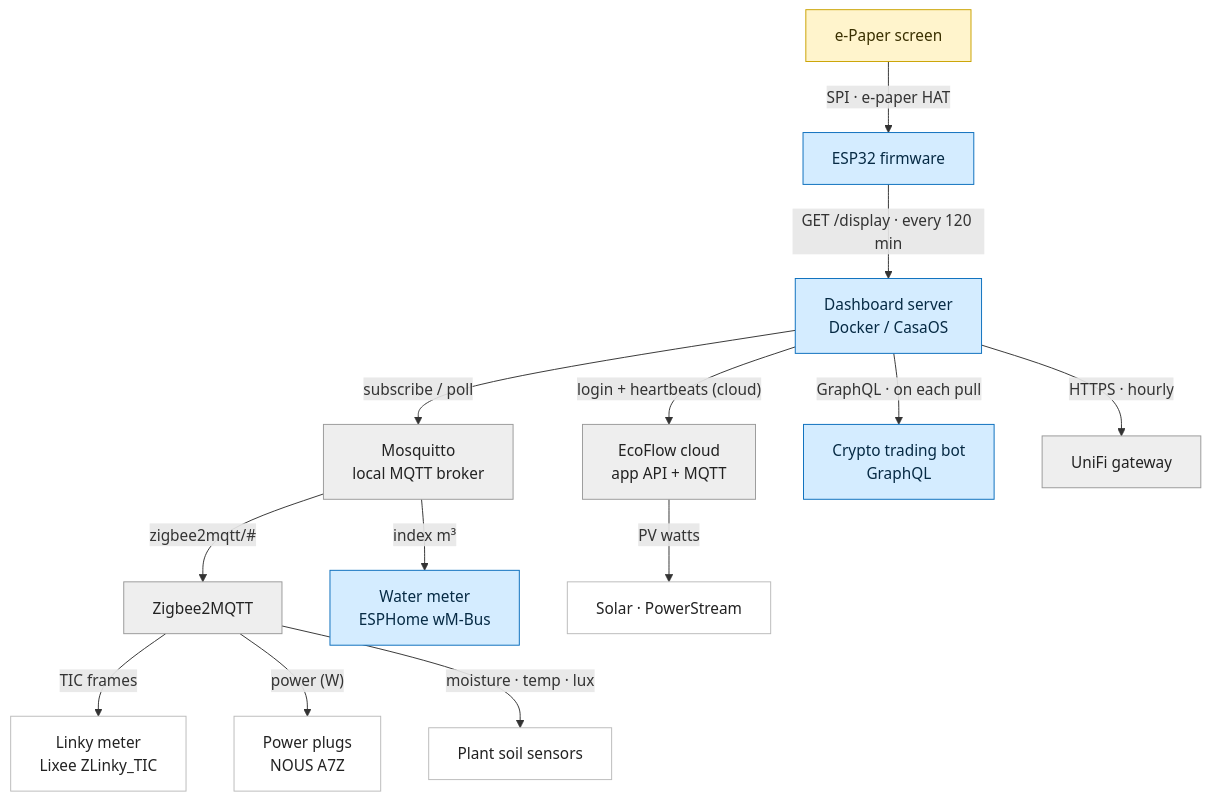
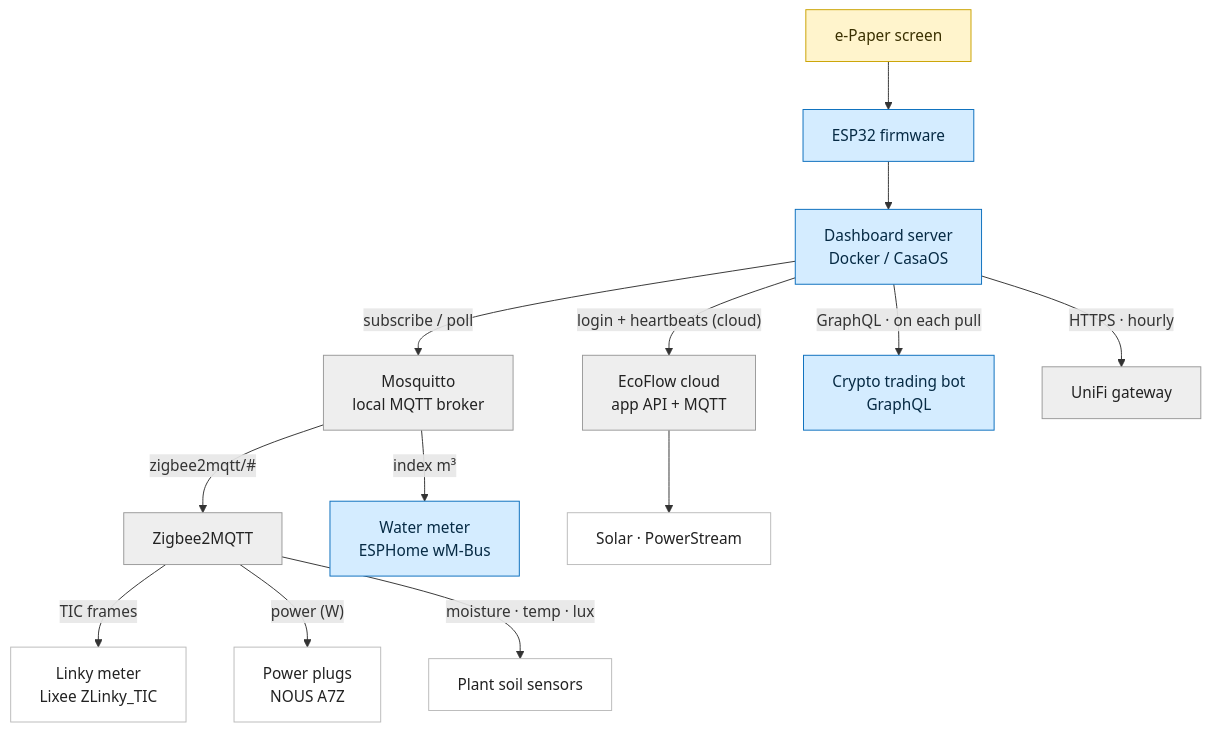
The diagram in README.md (moifort/home-dashboard), drawn with Mermaid before and after one commit.

Commit message:
docs: drop labels on the single (non-branching) arrows of the architecture diagram
SCREEN→ESP, ESP→SERVER and ECO→PV are lone 1→1 links where the label was
redundant; labels stay on the branching nodes (SERVER, MOSQ, Z2M) where they
distinguish which connection is which.

````diff
--- a/README.md
+++ b/README.md
@@ -19,38 +19,38 @@
 ```mermaid
 flowchart TD
     SCREEN["e-Paper screen"]:::hw
     ESP["ESP32 firmware"]:::mine
     SERVER["Dashboard server<br/>Docker / CasaOS"]:::mine
 
-    SCREEN -->|"SPI · e-paper HAT"| ESP
-    ESP -->|"GET /display · every 120 min"| SERVER
+    SCREEN --> ESP
+    ESP --> SERVER
 
     MOSQ["Mosquitto<br/>local MQTT broker"]:::ext
     Z2M["Zigbee2MQTT"]:::ext
     LINKY["Linky meter<br/>Lixee ZLinky_TIC"]:::dev
     PLUGS["Power plugs<br/>NOUS A7Z"]:::dev
     PLANTS["Plant soil sensors"]:::dev
     WATER["Water meter<br/>ESPHome wM-Bus"]:::mine
 
     SERVER -->|"subscribe / poll"| MOSQ
     MOSQ -->|"zigbee2mqtt/#"| Z2M
     MOSQ -->|"index m³"| WATER
     Z2M -->|"TIC frames"| LINKY
     Z2M -->|"power (W)"| PLUGS
     Z2M -->|"moisture · temp · lux"| PLANTS
 
     ECO["EcoFlow cloud<br/>app API + MQTT"]:::ext
     PV["Solar · PowerStream"]:::dev
     SERVER -->|"login + heartbeats (cloud)"| ECO
-    ECO -->|"PV watts"| PV
+    ECO --> PV
 
     CRYPTO["Crypto trading bot<br/>GraphQL"]:::mine
     UNIFI["UniFi gateway"]:::ext
     SERVER -->|"GraphQL · on each pull"| CRYPTO
     SERVER -->|"HTTPS · hourly"| UNIFI
 
     classDef mine fill:#d4ecff,stroke:#0a6ebd,color:#062a44;
     classDef ext  fill:#eeeeee,stroke:#999999,color:#222222;
     classDef dev  fill:#ffffff,stroke:#bbbbbb,color:#222222;
     classDef hw   fill:#fff4cc,stroke:#caa300,color:#3a3000;
 ```
````
